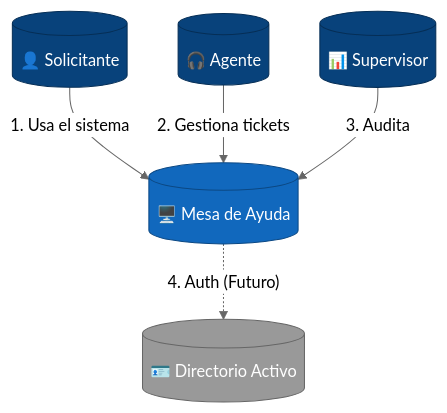
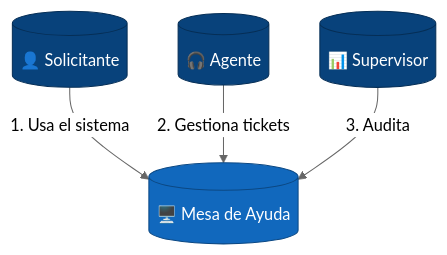
Before and after one commit to 4lexanderpardo09/help-desk-back: the first of 2 diagrams in docs/ARCHITECTURE.md, drawn with Mermaid (neutral theme). The commit also changed other lines of this file, not shown here.

Commit message:
refactor: Update architecture documentation with a simplified context diagram, detailed container diagram, and refined technology descriptions.

````diff
--- a/docs/ARCHITECTURE.md
+++ b/docs/ARCHITECTURE.md
@@ -17,25 +17,19 @@
 ```mermaid
 graph TD
     %% Estilos de Nodos
     classDef person fill:#08427b,stroke:#052e56,color:white,rx:5,ry:5;
     classDef system fill:#1168bd,stroke:#0b4884,color:white,rx:5,ry:5;
-    classDef external fill:#999999,stroke:#666666,color:white,rx:5,ry:5;
 
-    %% Actores Principales - Etiquetas simplificadas para evitar cortes
+    %% Actores Principales
     Solicitante[("👤 Solicitante")]:::person
     Agente[("🎧 Agente")]:::person
     Supervisor[("📊 Supervisor")]:::person
 
     %% Sistema Central
     HelpDesk[("🖥️ Mesa de Ayuda")]:::system
 
-    %% Sistemas Externos
-    AD[("🪪 Directorio Activo")]:::external
-
     %% Interacciones
     Solicitante -- "1. Usa el sistema" --> HelpDesk
     Agente -- "2. Gestiona tickets" --> HelpDesk
     Supervisor -- "3. Audita" --> HelpDesk
-    
-    HelpDesk -. "4. Auth (Futuro)" .-> AD
 ```
````
